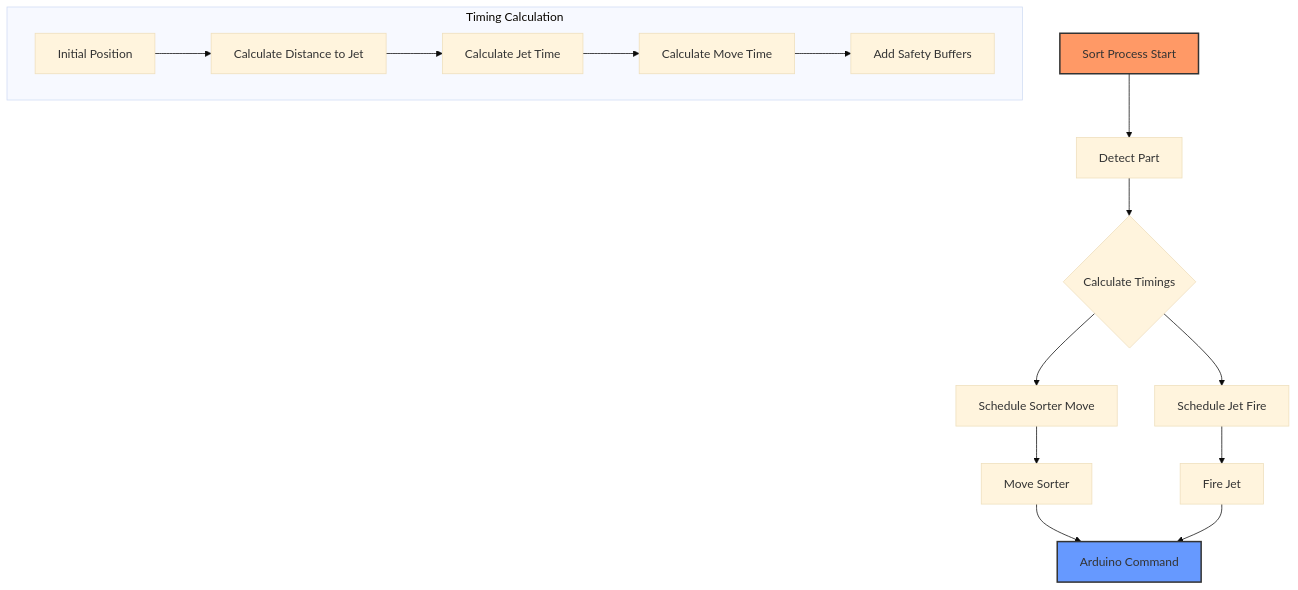
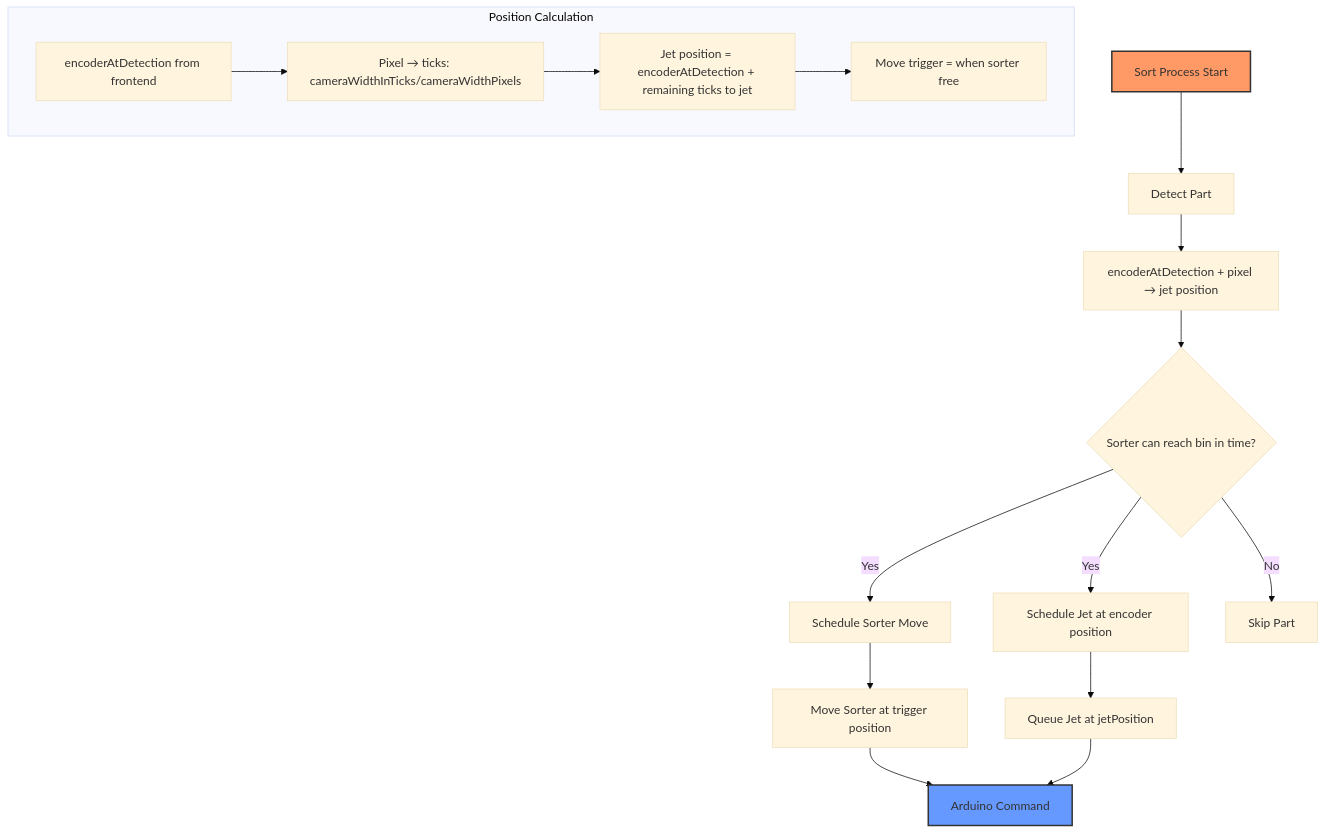
One commit to 1benisin/rebrick-sorter changed the fifth of 6 diagrams in ARCHITECTURE.md. Above: the diagram before and after it, drawn with Mermaid (base theme). The commit also changed other lines of this file and 44 other files, not shown here.

````diff
--- a/ARCHITECTURE.md
+++ b/ARCHITECTURE.md
@@ -470,23 +476,24 @@
 ```mermaid
 graph TD
     A[Sort Process Start] --> B[Detect Part]
-    B --> C{Calculate Timings}
-    C --> D[Schedule Sorter Move]
-    C --> E[Schedule Jet Fire]
+    B --> C[encoderAtDetection + pixel → jet position]
+    C --> D{Sorter can reach bin in time?}
+    D -->|Yes| E[Schedule Sorter Move]
+    D -->|Yes| F[Schedule Jet at encoder position]
+    D -->|No| G[Skip Part]
 
-    D --> F[Move Sorter]
-    E --> G[Fire Jet]
+    E --> H[Move Sorter at trigger position]
+    F --> I[Queue Jet at jetPosition]
 
-    F --> H[Arduino Command]
-    G --> H
+    H --> J[Arduino Command]
+    I --> J
 
-    subgraph Timing Calculation
-        I[Initial Position] --> J[Calculate Distance to Jet]
-        J --> K[Calculate Jet Time]
-        K --> L[Calculate Move Time]
-        L --> M[Add Safety Buffers]
+    subgraph Position Calculation
+        K[encoderAtDetection from frontend] --> L[Pixel → ticks: cameraWidthInTicks/cameraWidthPixels]
+        L --> M[Jet position = encoderAtDetection + remaining ticks to jet]
+        M --> N[Move trigger = when sorter free]
     end
 
     style A fill:#f96,stroke:#333,stroke-width:2px
-    style H fill:#69f,stroke:#333,stroke-width:2px
+    style J fill:#69f,stroke:#333,stroke-width:2px
 ```
````
